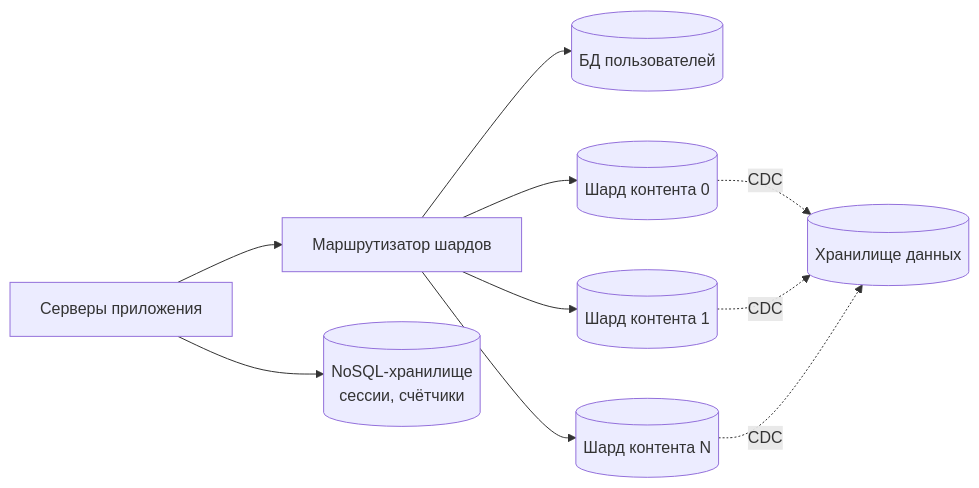
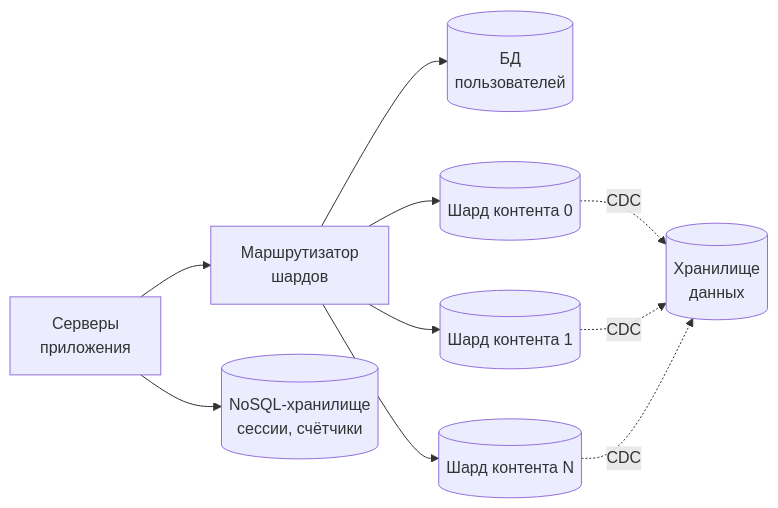
The eighth of 9 diagrams in src/content/docs/ru/practice/scaling-to-millions.mdx (butyavk/system-design), drawn with Mermaid before and after one commit. The commit also changed other lines of this file and 144 other files, not shown here.

````diff
--- a/src/content/docs/ru/practice/scaling-to-millions.mdx
+++ b/src/content/docs/ru/practice/scaling-to-millions.mdx
@@ -271,10 +273,10 @@
 ```mermaid
 flowchart LR
-  app["Серверы приложения"] --> router["Маршрутизатор шардов"]
-  router --> users[("БД пользователей")]
+  app["Серверы<br/>приложения"] --> router["Маршрутизатор<br/>шардов"]
+  router --> users[("БД<br/>пользователей")]
   router --> s0[("Шард контента 0")]
   router --> s1[("Шард контента 1")]
   router --> sn[("Шард контента N")]
   app --> kv[("NoSQL-хранилище<br/>сессии, счётчики")]
-  s0 & s1 & sn -.->|"CDC"| dwh[("Хранилище данных")]
+  s0 & s1 & sn -.->|"CDC"| dwh[("Хранилище<br/>данных")]
 ```
````
